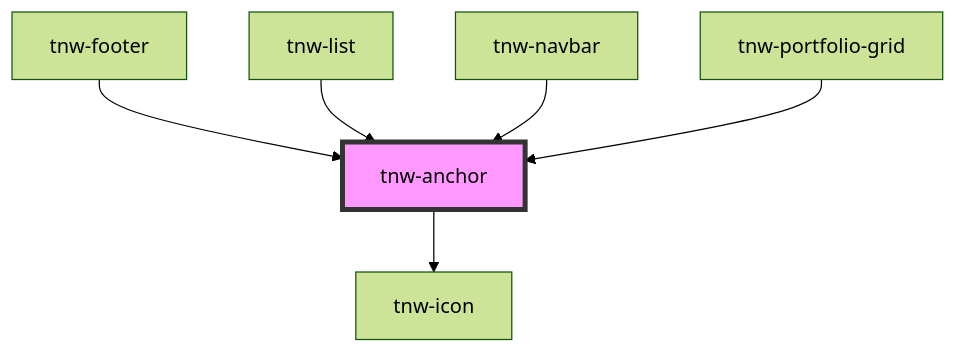
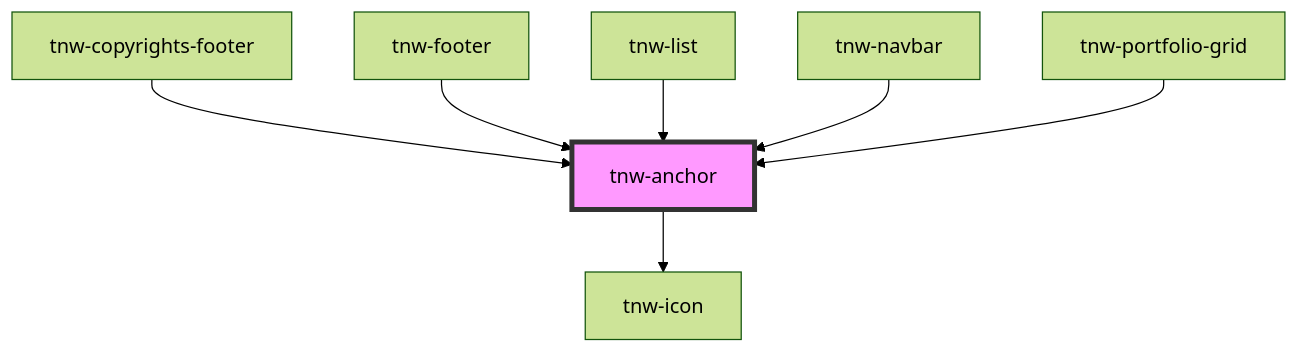
The diagram in packages/stencil-library/src/components/tnw-anchor/readme.md (technway/technway-component-library), drawn with Mermaid (forest theme) before and after one commit. The commit also changed other lines of this file and 22 other files, not shown here.

First line of the commit message:
feat(tnw-copyrights-footer): introduce new props for links and enhance styles

````diff
--- a/packages/stencil-library/src/components/tnw-anchor/readme.md
+++ b/packages/stencil-library/src/components/tnw-anchor/readme.md
@@ -99,9 +100,10 @@
 ```mermaid
 graph TD;
   tnw-anchor --> tnw-icon
+  tnw-copyrights-footer --> tnw-anchor
   tnw-footer --> tnw-anchor
   tnw-list --> tnw-anchor
   tnw-navbar --> tnw-anchor
   tnw-portfolio-grid --> tnw-anchor
   style tnw-anchor fill:#f9f,stroke:#333,stroke-width:4px
 ```
````
